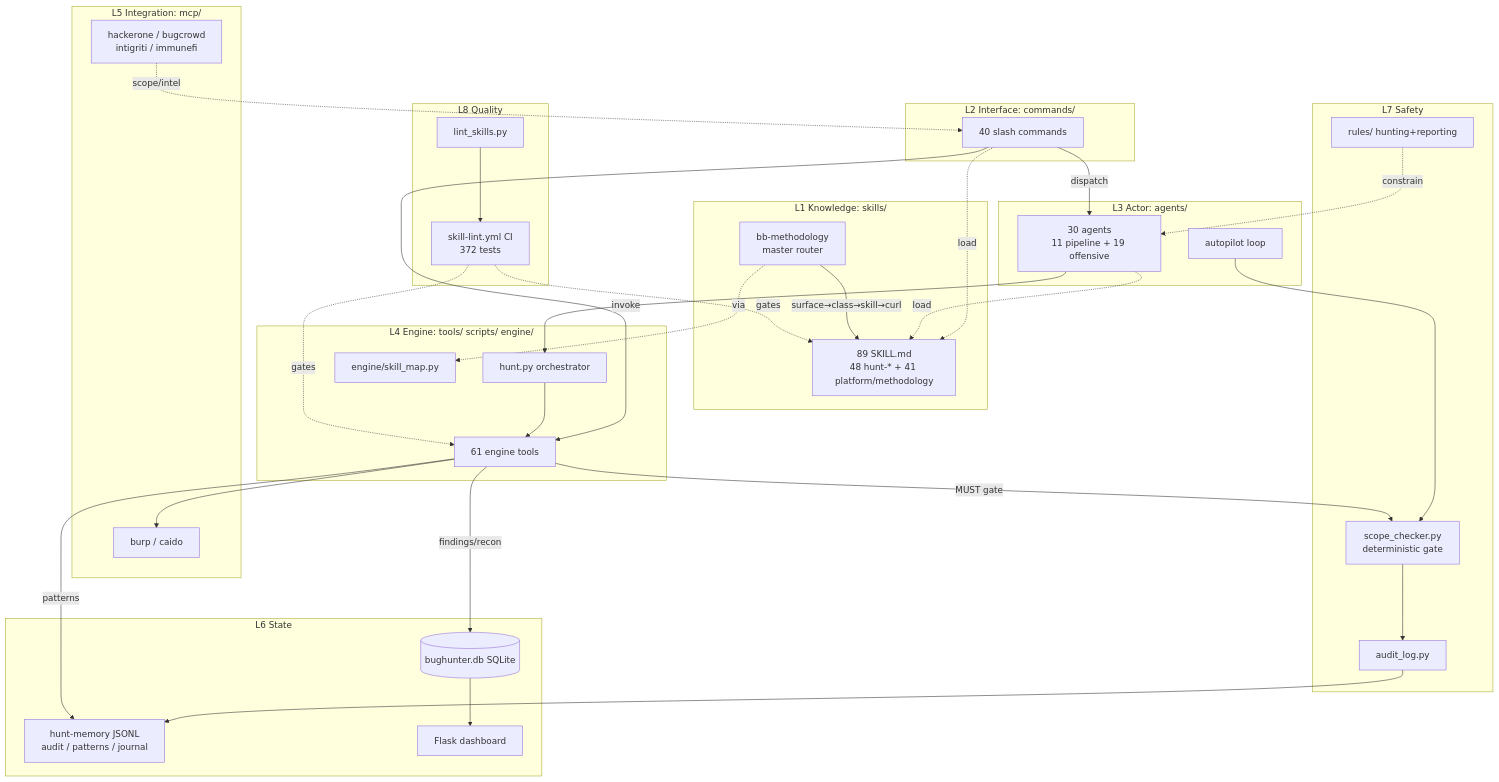
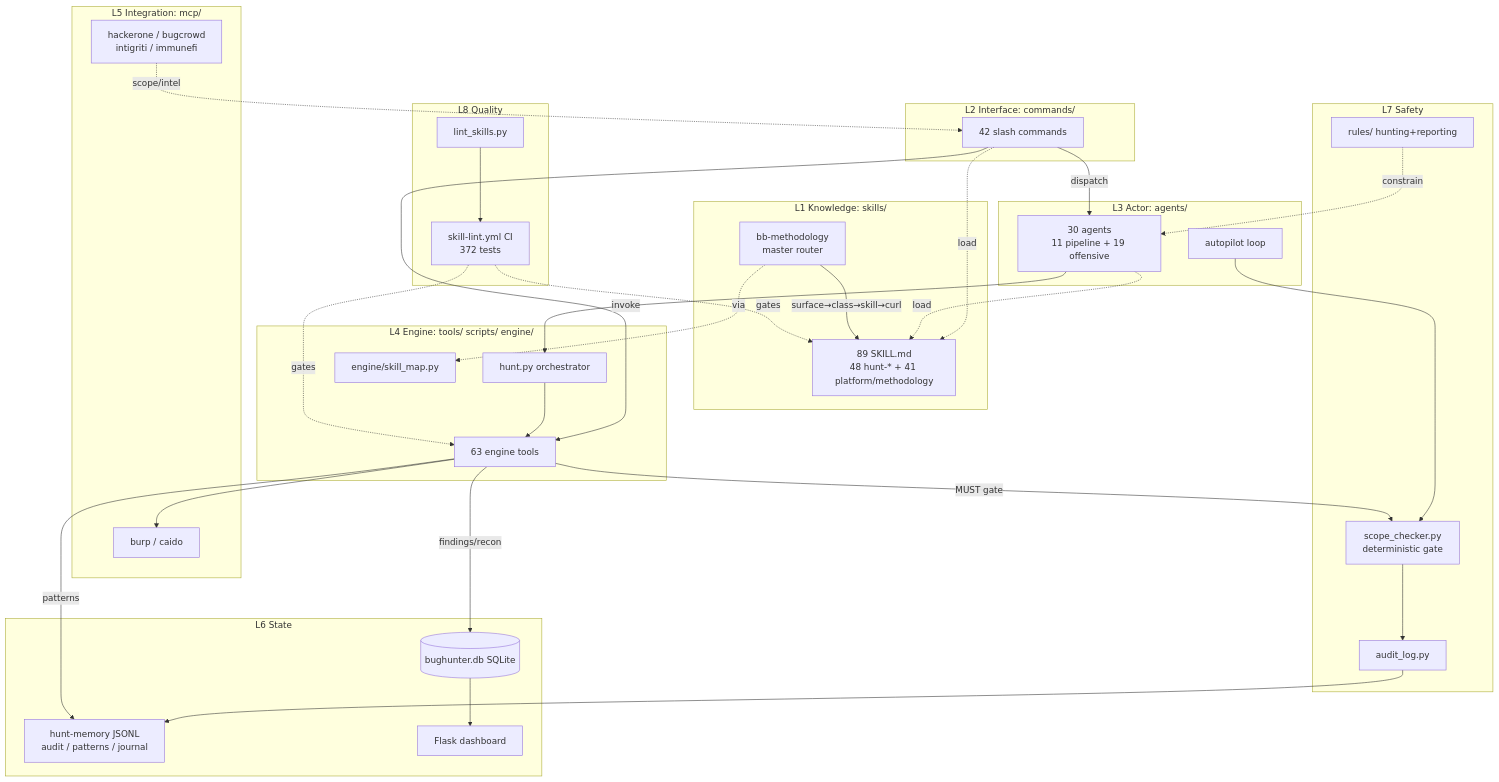
One commit to bpnrockstar/UnifiedBugHunter changed the first of 2 diagrams in docs/OVERVIEW.md. Above: the diagram before and after it, drawn with Mermaid. The commit also changed other lines of this file and 57 other files, not shown here.

````diff
--- a/docs/OVERVIEW.md
+++ b/docs/OVERVIEW.md
@@ -41,59 +41,59 @@
 ```mermaid
 graph TD
     subgraph L1[L1 Knowledge: skills/]
         SK[89 SKILL.md<br/>48 hunt-* + 41 platform/methodology]
         BBM[bb-methodology<br/>master router]
     end
     subgraph L2[L2 Interface: commands/]
-        CMD[40 slash commands]
+        CMD[42 slash commands]
     end
     subgraph L3[L3 Actor: agents/]
         AG[30 agents<br/>11 pipeline + 19 offensive]
         AUTO[autopilot loop]
     end
     subgraph L4[L4 Engine: tools/ scripts/ engine/]
         HUNT[hunt.py orchestrator]
-        ENG[61 engine tools]
+        ENG[63 engine tools]
         SMAP[engine/skill_map.py]
     end
     subgraph L5[L5 Integration: mcp/]
         PROXY[burp / caido]
         INTEL[hackerone / bugcrowd<br/>intigriti / immunefi]
     end
     subgraph L6[L6 State]
         JSONL[hunt-memory JSONL<br/>audit / patterns / journal]
         DB[(bughunter.db SQLite)]
         DASH[Flask dashboard]
     end
     subgraph L7[L7 Safety]
         SCOPE[scope_checker.py<br/>deterministic gate]
         AUDIT[audit_log.py]
         RULES[rules/ hunting+reporting]
     end
     subgraph L8[L8 Quality]
         LINT[lint_skills.py]
         CI[skill-lint.yml CI<br/>372 tests]
     end
 
     CMD -->|invoke| ENG
     CMD -->|dispatch| AG
     CMD -.load.-> SK
     AG -.load.-> SK
     BBM -->|surface→class→skill→curl| SK
     BBM -.via.-> SMAP
     AG --> HUNT
     HUNT --> ENG
     AUTO --> SCOPE
     ENG -->|MUST gate| SCOPE
     ENG --> PROXY
     INTEL -.scope/intel.-> CMD
     SCOPE --> AUDIT
     AUDIT --> JSONL
     ENG -->|patterns| JSONL
     ENG -->|findings/recon| DB
     DB --> DASH
     RULES -.constrain.-> AG
     LINT --> CI
     CI -.gates.-> SK
     CI -.gates.-> ENG
 ```
````
